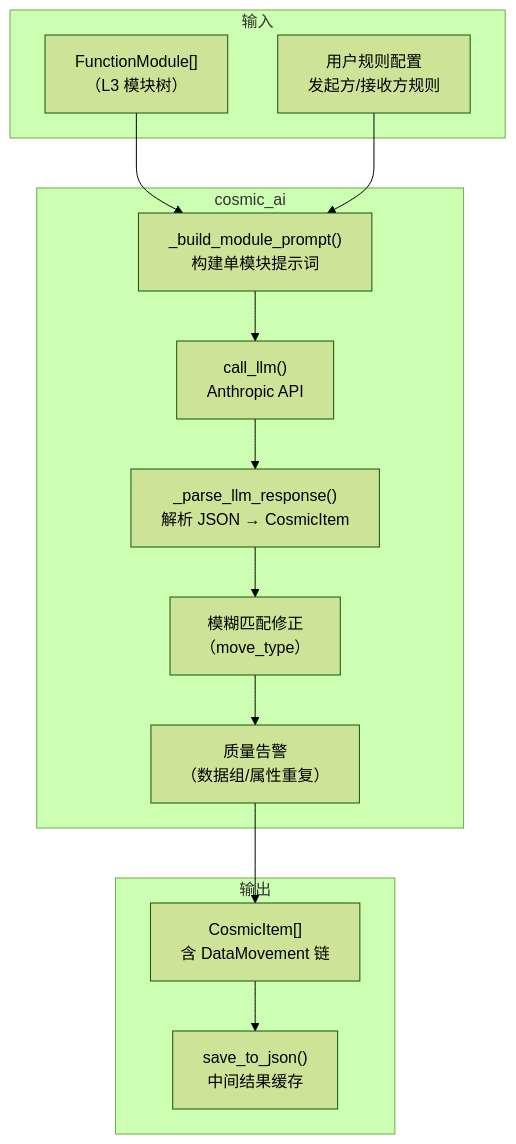
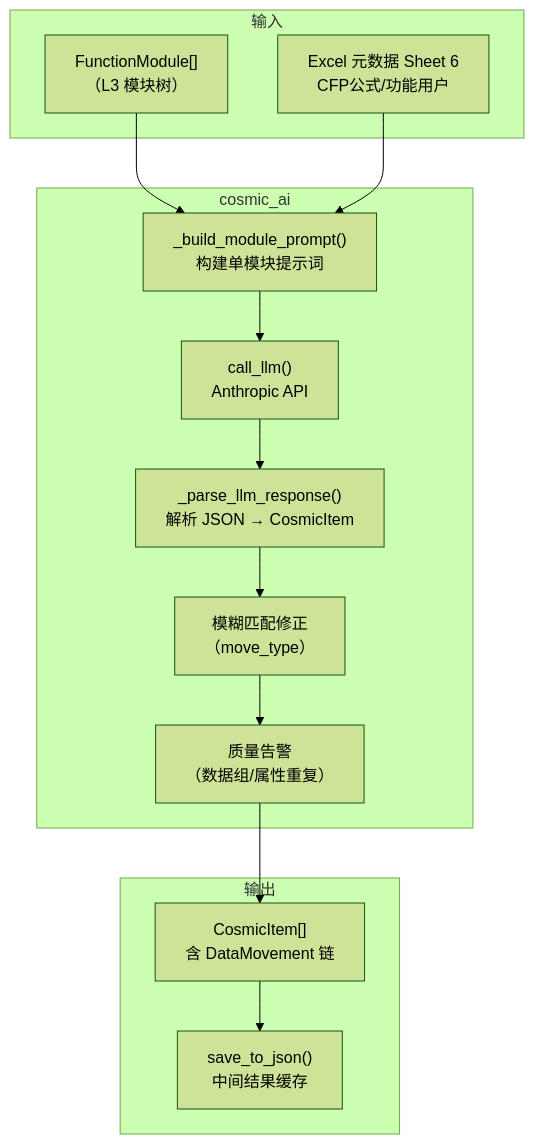
Before and after one commit to mlt-hub/AI-Gen-Reimbursement-Docs: the third of 6 diagrams in docs/dev/architecture.md, drawn with Mermaid (forest theme). The commit also changed other lines of this file and 47 other files, not shown here.

````diff
--- a/docs/dev/architecture.md
+++ b/docs/dev/architecture.md
@@ -137,29 +137,29 @@
 ```mermaid
 flowchart TB
     subgraph 输入
         MODULES["FunctionModule[]<br/>（L3 模块树）"]
-        CONFIG2["用户规则配置<br/>发起方/接收方规则"]
+        CONFIG2["Excel 元数据 Sheet 6<br/>CFP公式/功能用户"]
     end
 
     subgraph cosmic_ai
         BUILD_PROMPT["_build_module_prompt()<br/>构建单模块提示词"]
         CALL_LLM["call_llm()<br/>Anthropic API"]
         PARSE["_parse_llm_response()<br/>解析 JSON → CosmicItem"]
         CORRECT["模糊匹配修正<br/>（move_type）"]
         WARN["质量告警<br/>（数据组/属性重复）"]
     end
 
     subgraph 输出
         ITEMS["CosmicItem[]<br/>含 DataMovement 链"]
         SAVE_JSON["save_to_json()<br/>中间结果缓存"]
     end
 
     MODULES --> BUILD_PROMPT
     CONFIG2 --> BUILD_PROMPT
     BUILD_PROMPT --> CALL_LLM
     CALL_LLM --> PARSE
     PARSE --> CORRECT
     CORRECT --> WARN
     WARN --> ITEMS
     ITEMS --> SAVE_JSON
 ```
````
